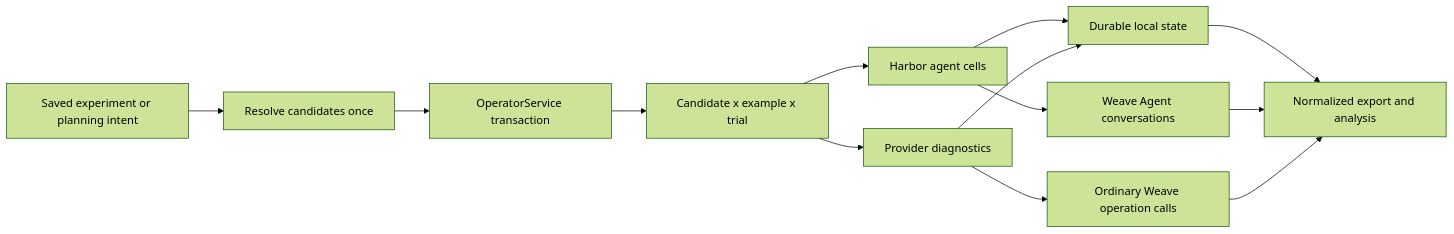
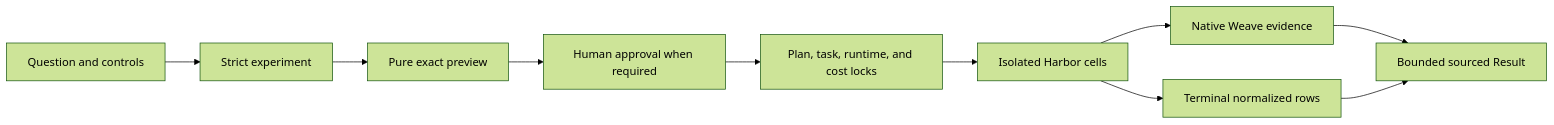
One commit to ash0ts/fugue changed the first of 10 diagrams in README.md. Above: the diagram before and after it, drawn with Mermaid (forest theme). The commit also changed other lines of this file and 7 other files, not shown here.

````diff
--- a/README.md
+++ b/README.md
@@ -28,15 +115,12 @@
 ```mermaid
 flowchart LR
-    USER["Saved experiment or planning intent"] --> RESOLVE["Resolve candidates once"]
-    RESOLVE --> OP["OperatorService transaction"]
-    OP --> MATRIX["Candidate x example x trial"]
-    MATRIX --> HARBOR["Harbor agent cells"]
-    MATRIX --> DIRECT["Provider diagnostics"]
-    HARBOR --> LOCAL["Durable local state"]
-    DIRECT --> LOCAL
-    HARBOR --> WEAVE["Weave Agent conversations"]
-    DIRECT --> OPS["Ordinary Weave operation calls"]
-    LOCAL --> EXPORT["Normalized export and analysis"]
-    WEAVE --> EXPORT
-    OPS --> EXPORT
+    QUESTION["Question and controls"] --> SPEC["Strict experiment"]
+    SPEC --> PREVIEW["Pure exact preview"]
+    PREVIEW --> APPROVAL["Human approval when required"]
+    APPROVAL --> LOCK["Plan, task, runtime, and cost locks"]
+    LOCK --> HARBOR["Isolated Harbor cells"]
+    HARBOR --> WEAVE["Native Weave evidence"]
+    HARBOR --> ROWS["Terminal normalized rows"]
+    WEAVE --> RESULT["Bounded sourced Result"]
+    ROWS --> RESULT
 ```
````
